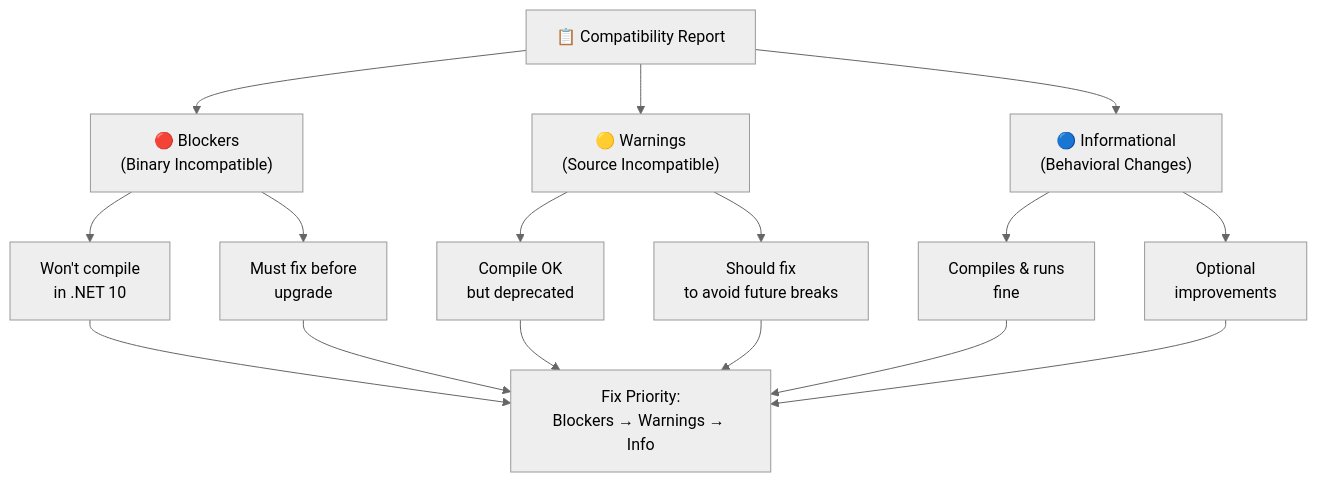
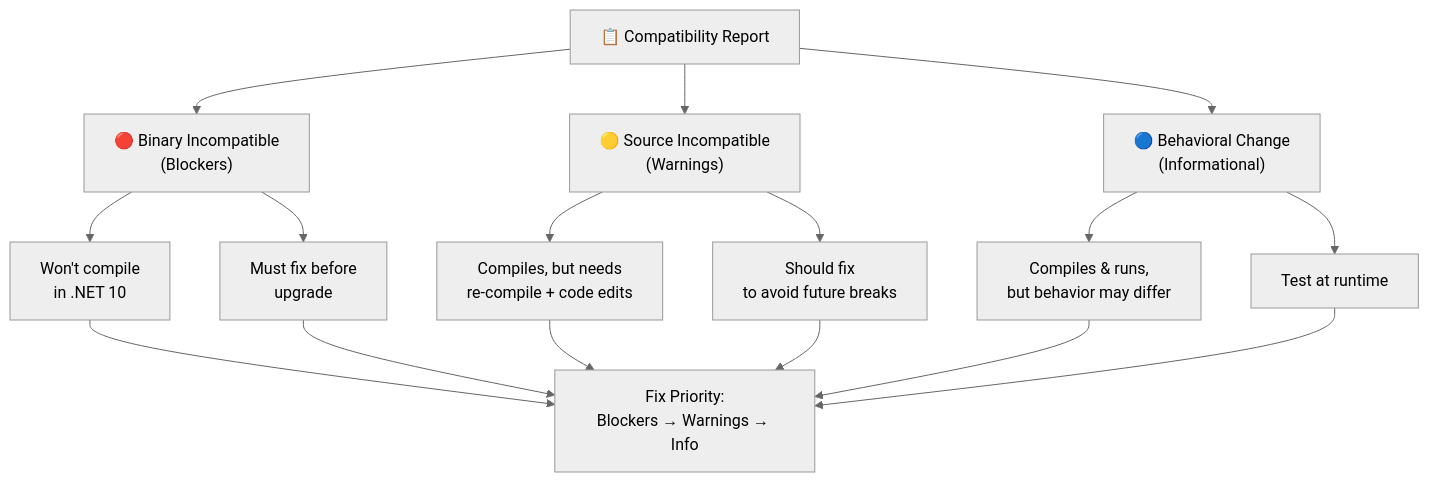
The first of 2 diagrams in 01-assessment/README.md (microsoft/dotnet-modernization-for-beginners), drawn with Mermaid (neutral theme) before and after one commit. The commit also changed other lines of this file and 19 other files, not shown here.

````diff
--- a/01-assessment/README.md
+++ b/01-assessment/README.md
@@ -87,24 +141,24 @@
 ```mermaid
 flowchart TD
     REPORT["📋 Compatibility Report"]
     
-    REPORT --> BLOCKERS["🔴 Blockers\n(Binary Incompatible)"]
-    REPORT --> WARNINGS["🟡 Warnings\n(Source Incompatible)"]
-    REPORT --> INFO["🔵 Informational\n(Behavioral Changes)"]
+    REPORT --> BLOCKERS["🔴 Binary Incompatible\n(Blockers)"]
+    REPORT --> WARNINGS["🟡 Source Incompatible\n(Warnings)"]
+    REPORT --> INFO["🔵 Behavioral Change\n(Informational)"]
     
     BLOCKERS --> B1["Won't compile\nin .NET 10"]
     BLOCKERS --> B2["Must fix before\nupgrade"]
     
-    WARNINGS --> W1["Compile OK\nbut deprecated"]
+    WARNINGS --> W1["Compiles, but needs\nre-compile + code edits"]
     WARNINGS --> W2["Should fix\nto avoid future breaks"]
     
-    INFO --> I1["Compiles & runs\nfine"]
-    INFO --> I2["Optional\nimprovements"]
+    INFO --> I1["Compiles & runs,\nbut behavior may differ"]
+    INFO --> I2["Test at runtime"]
     
     B1 --> PRIORITY["Fix Priority:\nBlockers → Warnings → Info"]
     B2 --> PRIORITY
     W1 --> PRIORITY
     W2 --> PRIORITY
     I1 --> PRIORITY
     I2 --> PRIORITY
 ```
````
